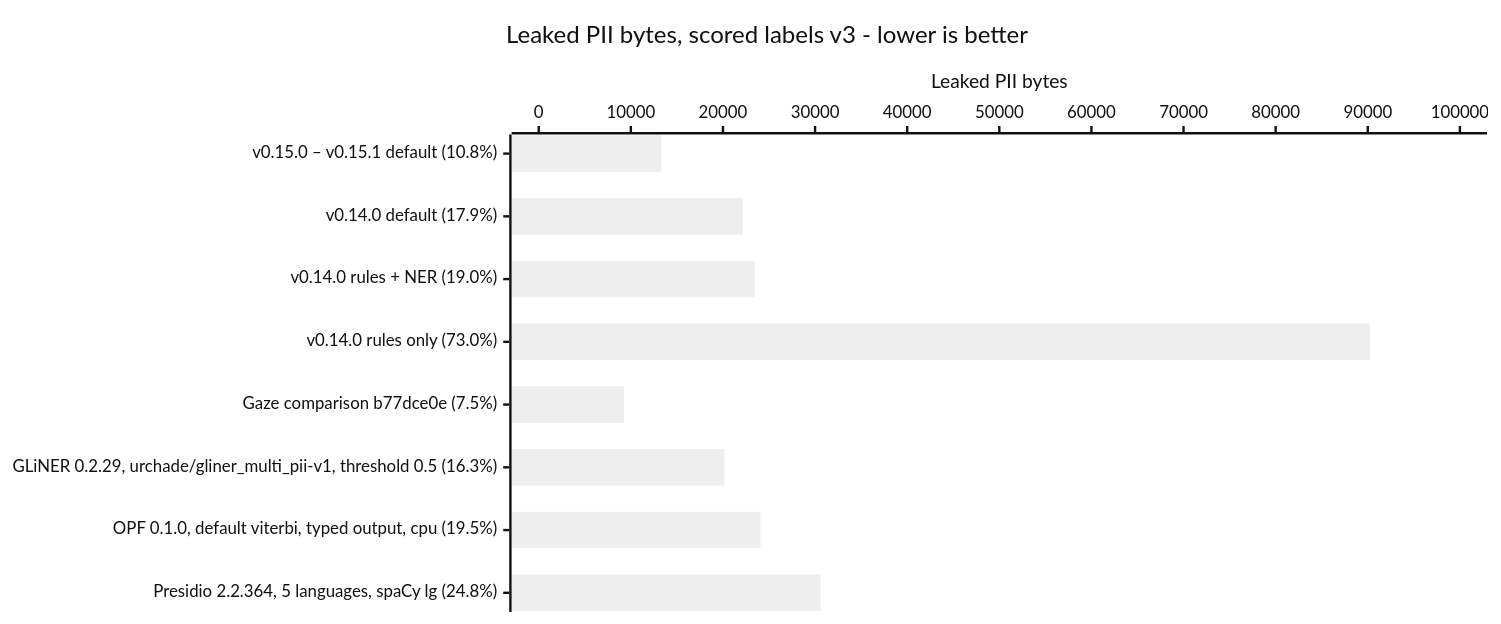
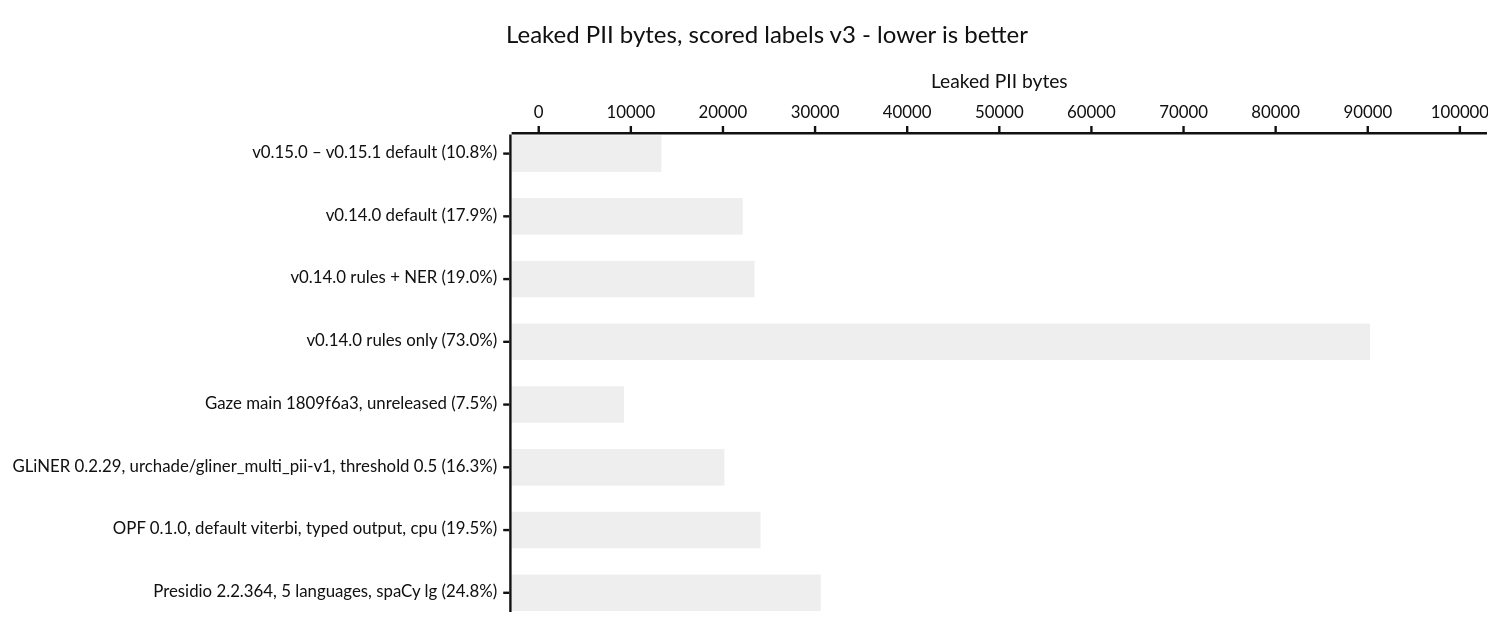
The first of 3 diagrams in README.md (CertaMesh/gaze), drawn with Mermaid (neutral theme) before and after one commit. The commit also changed other lines of this file and 3 other files, not shown here.

Commit message:
Label README comparison with measured main revision

````diff
--- a/README.md
+++ b/README.md
@@ -34,8 +34,8 @@
 ```mermaid
 %%{init: {'xyChart': {'width': 1200, 'height': 500}}}%%
 xychart-beta horizontal
     title "Leaked PII bytes, scored labels v3 - lower is better"
-    x-axis ["v0.15.0 – v0.15.1 default (10.8%)", "v0.14.0 default (17.9%)", "v0.14.0 rules + NER (19.0%)", "v0.14.0 rules only (73.0%)", "Gaze comparison b77dce0e (7.5%)", "GLiNER 0.2.29, urchade/gliner_multi_pii-v1, threshold 0.5 (16.3%)", "OPF 0.1.0, default viterbi, typed output, cpu (19.5%)", "Presidio 2.2.364, 5 languages, spaCy lg (24.8%)"]
+    x-axis ["v0.15.0 – v0.15.1 default (10.8%)", "v0.14.0 default (17.9%)", "v0.14.0 rules + NER (19.0%)", "v0.14.0 rules only (73.0%)", "Gaze main 1809f6a3, unreleased (7.5%)", "GLiNER 0.2.29, urchade/gliner_multi_pii-v1, threshold 0.5 (16.3%)", "OPF 0.1.0, default viterbi, typed output, cpu (19.5%)", "Presidio 2.2.364, 5 languages, spaCy lg (24.8%)"]
     y-axis "Leaked PII bytes" 0 --> 100000
     bar [13319, 22144, 23428, 90253, 9256, 20152, 24080, 30615]
 ```
````
